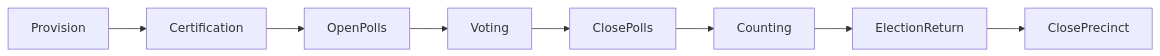
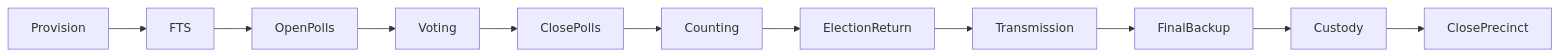
One commit to 3neti/aes changed the fourth of 6 diagrams in docs/SYSTEM_DESIGN.md. Above: the diagram before and after it, drawn with Mermaid. The commit also changed other lines of this file and 16 other files, not shown here.

Commit message:
feat: implement transmission and custody slice infrastructure

````diff
--- a/docs/SYSTEM_DESIGN.md
+++ b/docs/SYSTEM_DESIGN.md
@@ -298,33 +344,45 @@
 ```mermaid
 flowchart LR
 
 Provision
 
-Certification
+FTS
 
 OpenPolls
 
 Voting
 
 ClosePolls
 
 Counting
 
 ElectionReturn
 
+Transmission
+
+FinalBackup
+
+Custody
+
 ClosePrecinct
 
-Provision --> Certification
+Provision --> FTS
 
-Certification --> OpenPolls
+FTS --> OpenPolls
 
 OpenPolls --> Voting
 
 Voting --> ClosePolls
 
 ClosePolls --> Counting
 
 Counting --> ElectionReturn
 
-ElectionReturn --> ClosePrecinct
+ElectionReturn --> Transmission
+
+Transmission --> FinalBackup
+
+FinalBackup --> Custody
+
+Custody --> ClosePrecinct
 ```
````
